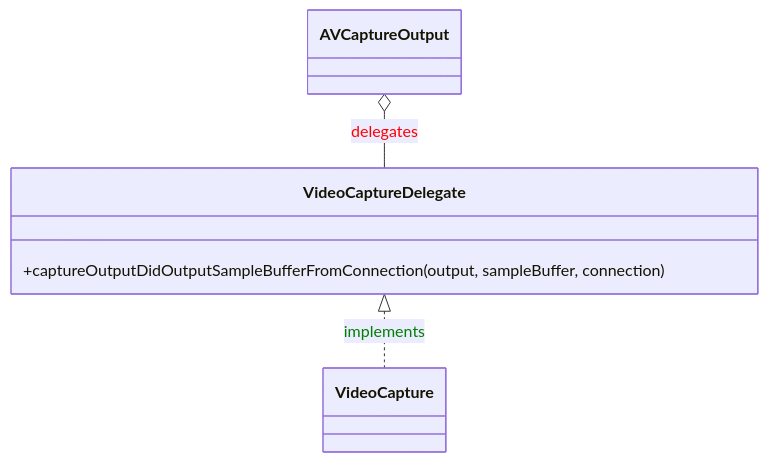
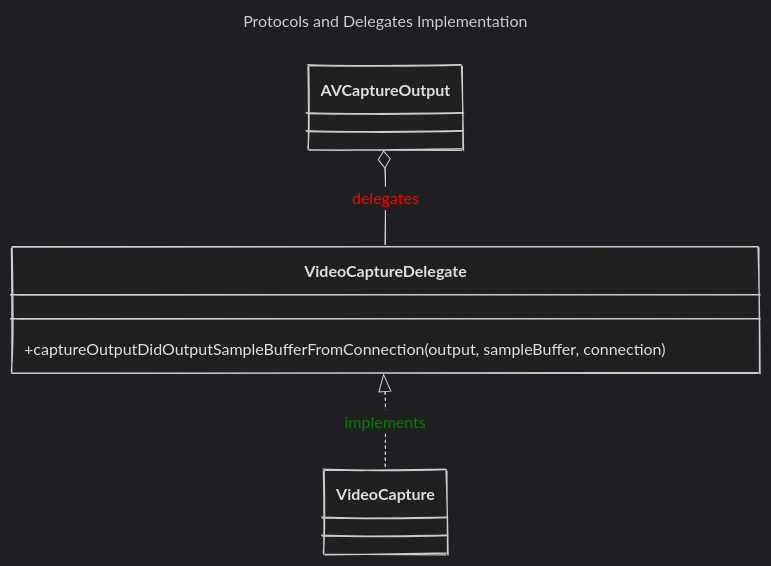
The tenth of 10 diagrams in Reversing_Engineer_through_Interfaces/Swift-generated_header_file_in_depth_in_Mermaid.md (CongLeSolutionX/iOS-development-vault), drawn with Mermaid before and after one commit. The commit also changed other lines of this file and 8 other files, not shown here.

````diff
--- a/Reversing_Engineer_through_Interfaces/Swift-generated_header_file_in_depth_in_Mermaid.md
+++ b/Reversing_Engineer_through_Interfaces/Swift-generated_header_file_in_depth_in_Mermaid.md
@@ -503,17 +559,24 @@
 ```mermaid
+---
+title: Protocols and Delegates Implementation
+config:
+  layout: elk
+  look: handDrawn
+  theme: dark
+---
 %%   Notes:
 %%   - Blue arrows (`--|>`) represent inheritance.
 %%   - Green arrows (`..|>`) represent protocol conformance.
 %%   - Red Open diamonds arrows (`o--`) represent associations (usage/has-a relationships).
 
 classDiagram
     class AVCaptureOutput
     class VideoCaptureDelegate {
         +captureOutputDidOutputSampleBufferFromConnection(output, sampleBuffer, connection)
     }
     class VideoCapture
 
     VideoCaptureDelegate <|.. VideoCapture : <font color=green>implements</font>
     AVCaptureOutput o-- VideoCaptureDelegate : <font color=red>delegates</font>
 
 ```
````
